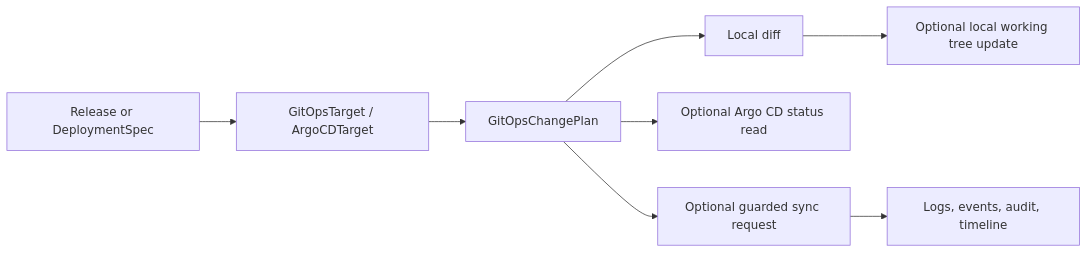
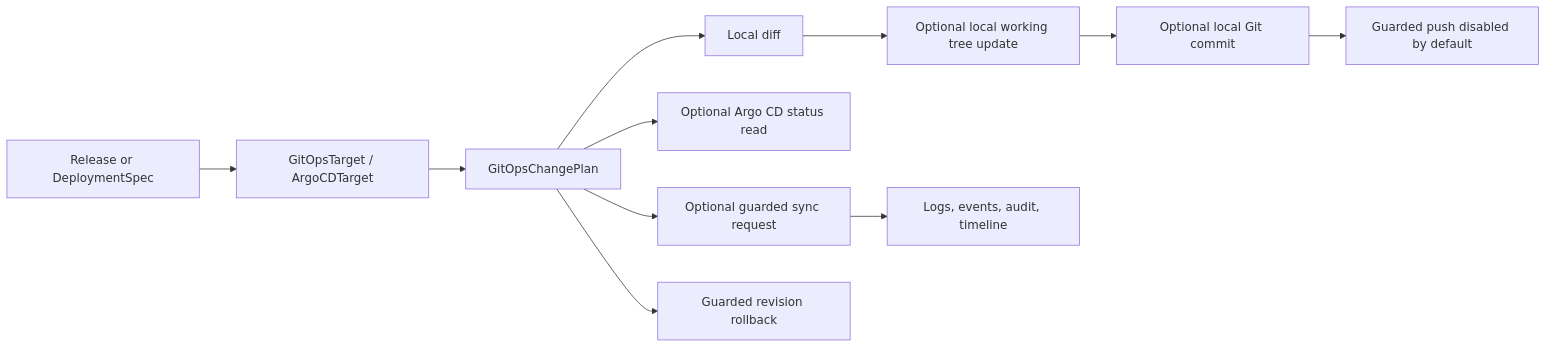
One commit to sevoniva/Nivora changed the diagram in docs/architecture/gitops-model.md. Above: the diagram before and after it, drawn with Mermaid. The commit also changed other lines of this file and 19 other files, not shown here.

````diff
--- a/docs/architecture/gitops-model.md
+++ b/docs/architecture/gitops-model.md
@@ -20,10 +23,13 @@
 ```mermaid
 flowchart LR
     Release["Release or DeploymentSpec"] --> Target["GitOpsTarget / ArgoCDTarget"]
     Target --> Plan["GitOpsChangePlan"]
     Plan --> Diff["Local diff"]
     Diff --> Worktree["Optional local working tree update"]
+    Worktree --> Commit["Optional local Git commit"]
+    Commit --> Push["Guarded push disabled by default"]
     Plan --> Status["Optional Argo CD status read"]
     Plan --> Sync["Optional guarded sync request"]
+    Plan --> Rollback["Guarded revision rollback"]
     Sync --> Timeline["Logs, events, audit, timeline"]
 ```
````
